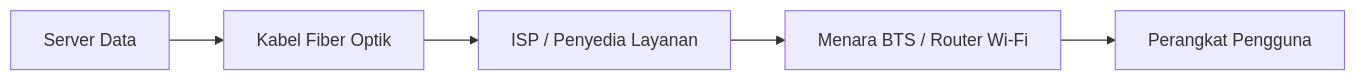
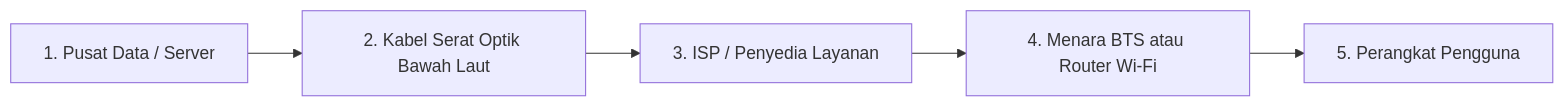
One commit to khairiaharli/buku-informatika changed the second of 4 diagrams in kelas-7/internet-mesin-pencari.md. Above: the diagram before and after it, drawn with Mermaid. The commit also changed other lines of this file, not shown here.

````diff
--- a/kelas-7/internet-mesin-pencari.md
+++ b/kelas-7/internet-mesin-pencari.md
@@ -67,7 +74,7 @@
 ```mermaid
 flowchart LR
-    A[Server Data] --> B[Kabel Fiber Optik]
-    B --> C[ISP / Penyedia Layanan]
-    C --> D[Menara BTS / Router Wi-Fi]
-    D --> E[Perangkat Pengguna]
+    A[1. Pusat Data / Server] --> B[2. Kabel Serat Optik Bawah Laut]
+    B --> C[3. ISP / Penyedia Layanan]
+    C --> D[4. Menara BTS atau Router Wi-Fi]
+    D --> E[5. Perangkat Pengguna]
 ```
````
